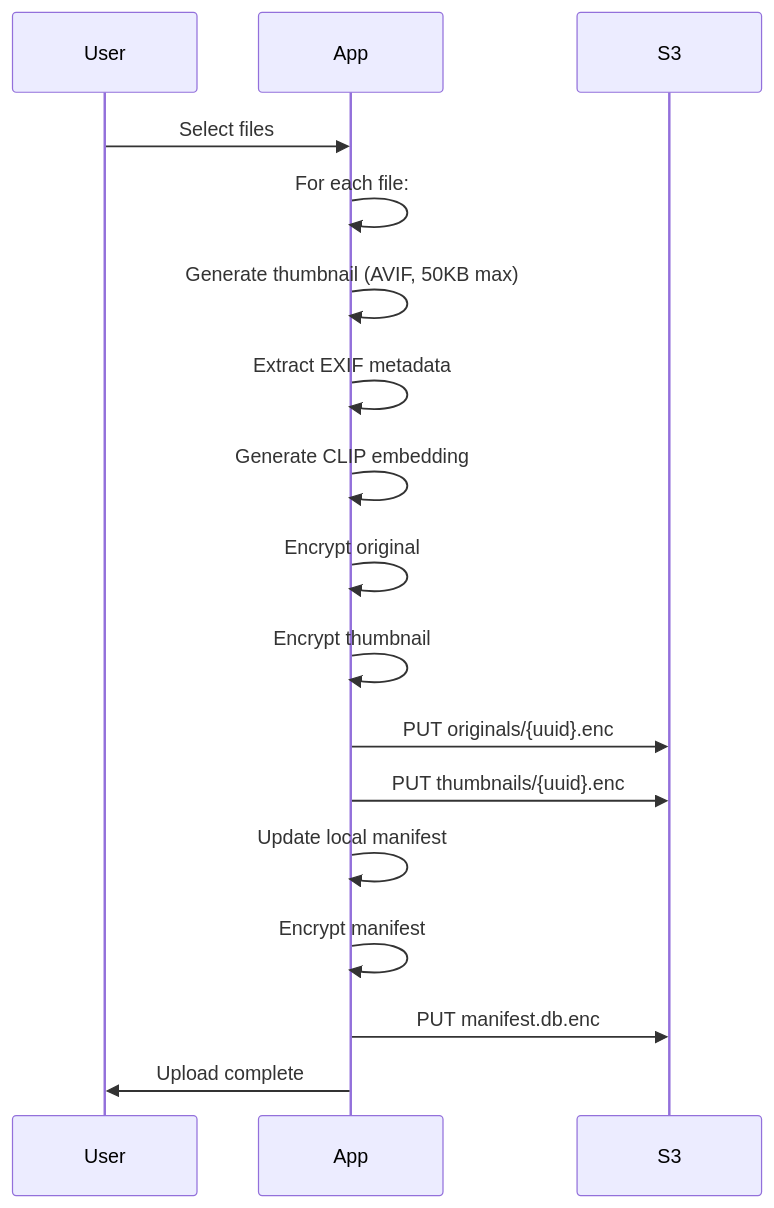
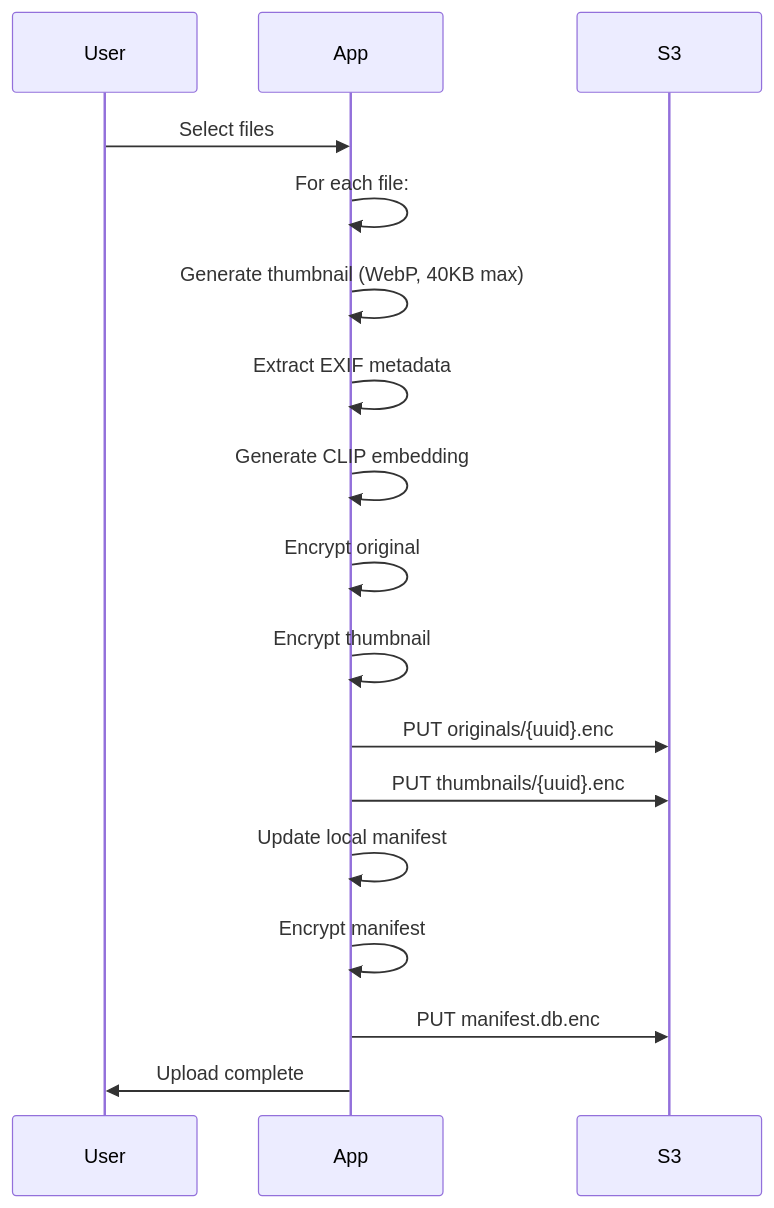
Before and after one commit to jorgedanisc/boreal: the first of 2 diagrams in concepts/Architecture.md, drawn with Mermaid. The commit also changed other lines of this file and 5 other files, not shown here.

````diff
--- a/concepts/Architecture.md
+++ b/concepts/Architecture.md
@@ -225,20 +194,20 @@
 ```mermaid
 sequenceDiagram
     participant User
     participant App
     participant S3
 
     User->>App: Select files
     App->>App: For each file:
-    App->>App: Generate thumbnail (AVIF, 50KB max)
+    App->>App: Generate thumbnail (WebP, 40KB max)
     App->>App: Extract EXIF metadata
     App->>App: Generate CLIP embedding
     App->>App: Encrypt original
     App->>App: Encrypt thumbnail
     App->>S3: PUT originals/{uuid}.enc
     App->>S3: PUT thumbnails/{uuid}.enc
     App->>App: Update local manifest
     App->>App: Encrypt manifest
     App->>S3: PUT manifest.db.enc
     App->>User: Upload complete
 ```
````
